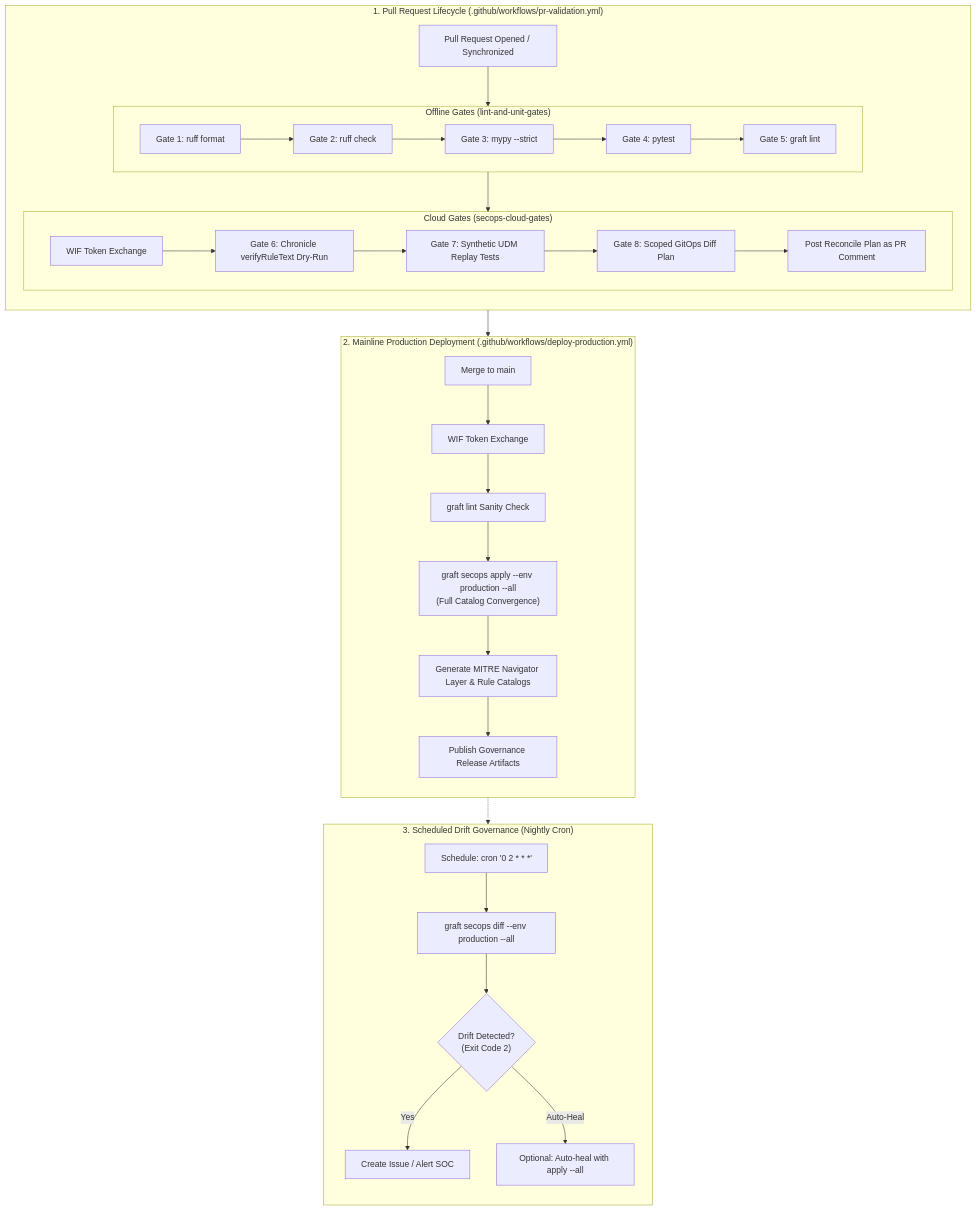
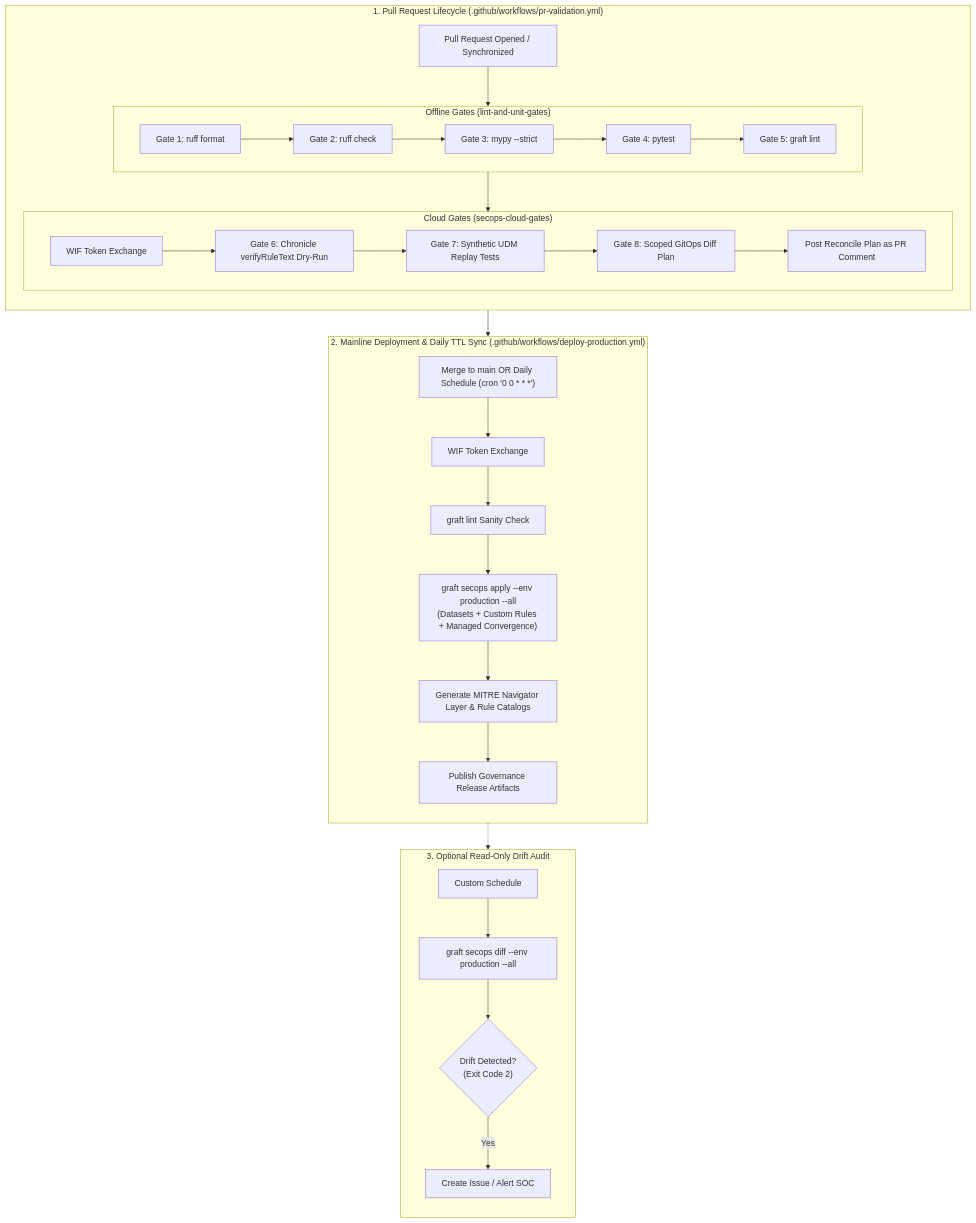
One commit to lopes/graft changed the diagram in docs/operators/cicd_and_infrastructure.md. Above: the diagram before and after it, drawn with Mermaid. The commit also changed other lines of this file and 24 other files, not shown here.

````diff
--- a/docs/operators/cicd_and_infrastructure.md
+++ b/docs/operators/cicd_and_infrastructure.md
@@ -13,56 +13,54 @@
 ```mermaid
 flowchart TD
     subgraph PR["1. Pull Request Lifecycle (.github/workflows/pr-validation.yml)"]
         direction TB
         PR_OPEN["Pull Request Opened / Synchronized"]
         
         subgraph OFFLINE["Offline Gates (lint-and-unit-gates)"]
             G1["Gate 1: ruff format"]
             G2["Gate 2: ruff check"]
             G3["Gate 3: mypy --strict"]
             G4["Gate 4: pytest"]
             G5["Gate 5: graft lint"]
             G1 --> G2 --> G3 --> G4 --> G5
         end
 
         subgraph CLOUD["Cloud Gates (secops-cloud-gates)"]
             WIF_PR["WIF Token Exchange"]
             G6["Gate 6: Chronicle verifyRuleText Dry-Run"]
             G7["Gate 7: Synthetic UDM Replay Tests"]
             G8["Gate 8: Scoped GitOps Diff Plan"]
             COMMENT["Post Reconcile Plan as PR Comment"]
             WIF_PR --> G6 --> G7 --> G8 --> COMMENT
         end
 
         PR_OPEN --> OFFLINE
         OFFLINE --> CLOUD
     end
 
-    subgraph PROD["2. Mainline Production Deployment (.github/workflows/deploy-production.yml)"]
+    subgraph PROD["2. Mainline Deployment & Daily TTL Sync (.github/workflows/deploy-production.yml)"]
         direction TB
-        MERGE["Merge to main"]
+        MERGE["Merge to main OR Daily Schedule (cron '0 0 * * *')"]
         WIF_PROD["WIF Token Exchange"]
         LINT_SANITY["graft lint Sanity Check"]
-        APPLY_ALL["graft secops apply --env production --all<br/>(Full Catalog Convergence)"]
+        APPLY_ALL["graft secops apply --env production --all<br/>(Datasets + Custom Rules + Managed Convergence)"]
         EXPORTS["Generate MITRE Navigator Layer & Rule Catalogs"]
         ARTIFACTS["Publish Governance Release Artifacts"]
         
         MERGE --> WIF_PROD --> LINT_SANITY --> APPLY_ALL --> EXPORTS --> ARTIFACTS
     end
 
-    subgraph CRON["3. Scheduled Drift Governance (Nightly Cron)"]
+    subgraph CRON["3. Optional Read-Only Drift Audit"]
         direction TB
-        TIMER["Schedule: cron '0 2 * * *'"]
+        TIMER["Custom Schedule"]
         DIFF_ALL["graft secops diff --env production --all"]
         ALERT{"Drift Detected?<br/>(Exit Code 2)"}
         REPORT["Create Issue / Alert SOC"]
-        HEAL["Optional: Auto-heal with apply --all"]
         
         TIMER --> DIFF_ALL --> ALERT
         ALERT -- Yes --> REPORT
-        ALERT -- Auto-Heal --> HEAL
     end
 
     PR --> PROD
     PROD -.-> CRON
 ```
````
